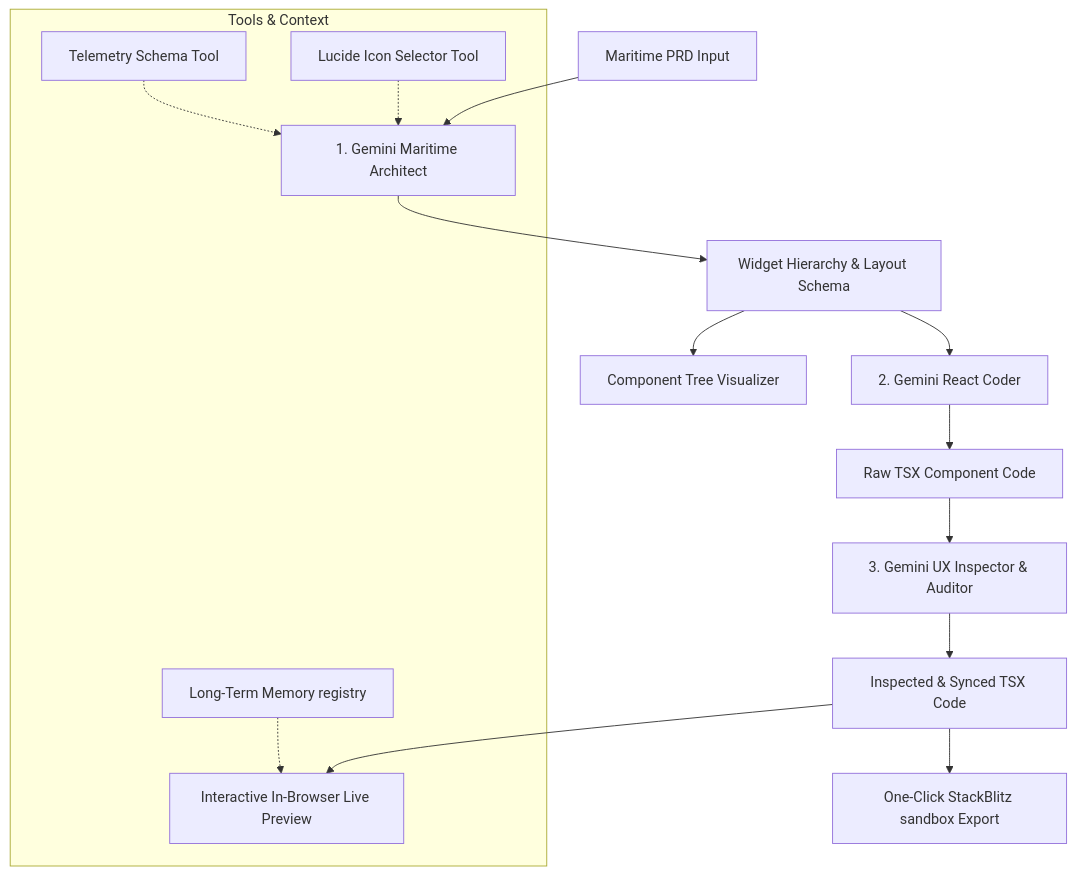
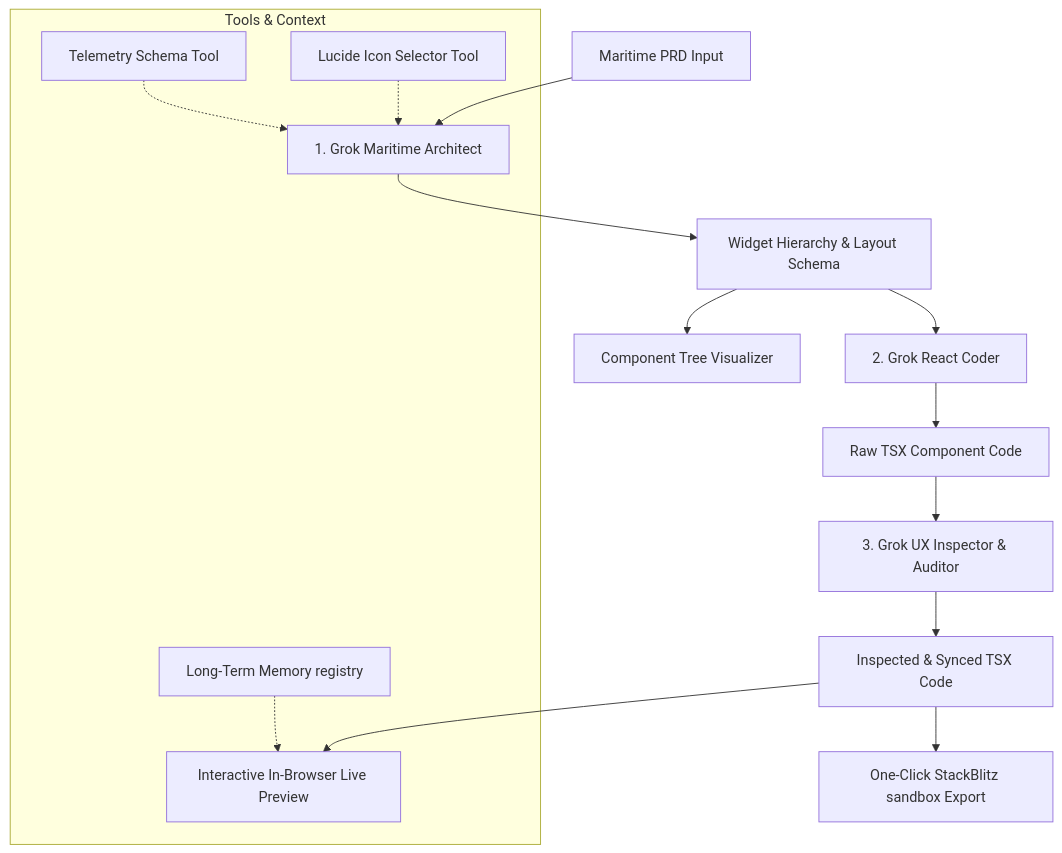
One commit to jobinjoe/thinkpalm-agent_ai-bridge_view_ai changed the diagram in README.md. Above: the diagram before and after it, drawn with Mermaid. The commit also changed other lines of this file and 7 other files, not shown here.

````diff
--- a/README.md
+++ b/README.md
@@ -28,18 +28,18 @@
 ```mermaid
 graph TD
-    PRD[Maritime PRD Input] --> Arch[1. Gemini Maritime Architect]
+    PRD[Maritime PRD Input] --> Arch[1. Grok Maritime Architect]
     Arch --> Schema[Widget Hierarchy & Layout Schema]
     Schema --> CTree[Component Tree Visualizer]
-    Schema --> Coder[2. Gemini React Coder]
+    Schema --> Coder[2. Grok React Coder]
     Coder --> CodeRaw[Raw TSX Component Code]
-    CodeRaw --> Insp[3. Gemini UX Inspector & Auditor]
+    CodeRaw --> Insp[3. Grok UX Inspector & Auditor]
     Insp --> CodeFinal[Inspected & Synced TSX Code]
     CodeFinal --> LivePrev[Interactive In-Browser Live Preview]
     CodeFinal --> StackBlitz[One-Click StackBlitz sandbox Export]
     
     subgraph Tools & Context
         SchemaTool[Telemetry Schema Tool] -.-> Arch
         IconTool[Lucide Icon Selector Tool] -.-> Arch
         Memory[Long-Term Memory registry] -.-> LivePrev
     end
 ```
````
